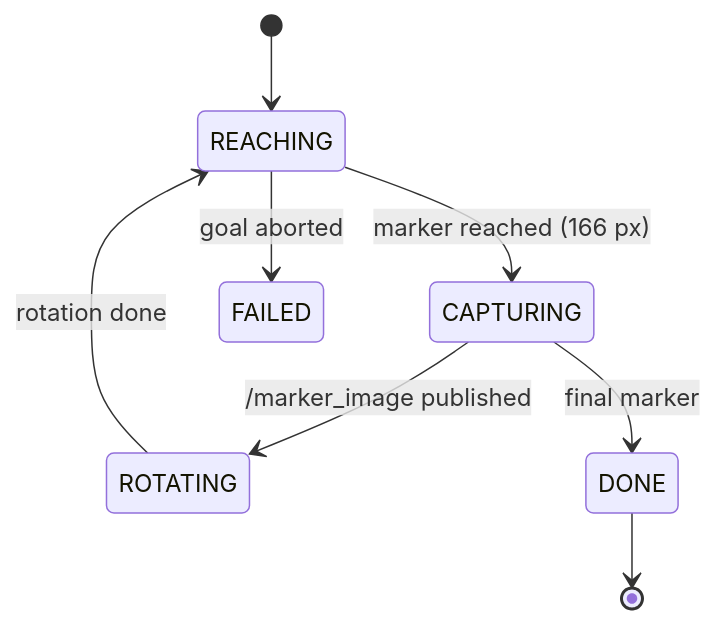
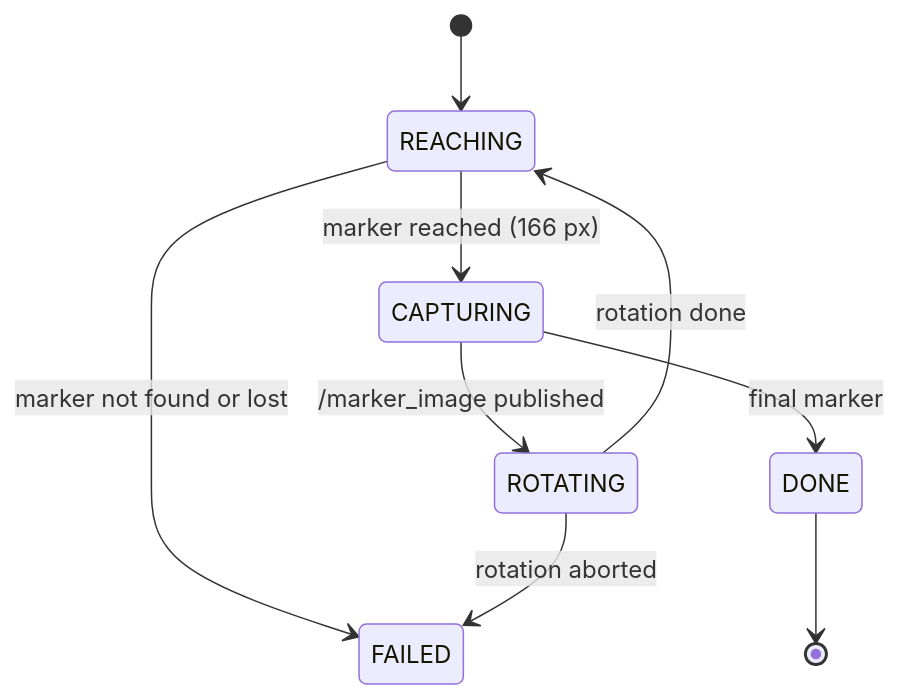
Before and after one commit to Cb-dotcom/aruco_treasure_hunt_ExpRob1: the second of 2 diagrams in README.md, drawn with Mermaid. The commit also changed other lines of this file, not shown here.

````diff
--- a/README.md
+++ b/README.md
@@ -69,10 +82,11 @@
 ```mermaid
 stateDiagram-v2
   [*] --> REACHING
   REACHING --> CAPTURING: marker reached (166 px)
   CAPTURING --> ROTATING: /marker_image published
   ROTATING --> REACHING: rotation done
   CAPTURING --> DONE: final marker
-  REACHING --> FAILED: goal aborted
+  REACHING --> FAILED: marker not found or lost
+  ROTATING --> FAILED: rotation aborted
   DONE --> [*]
 ```
````
